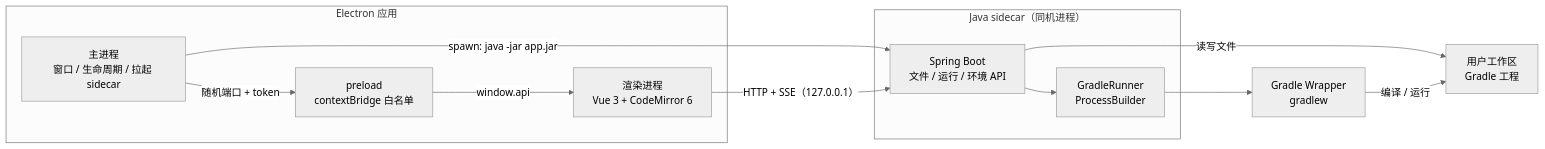
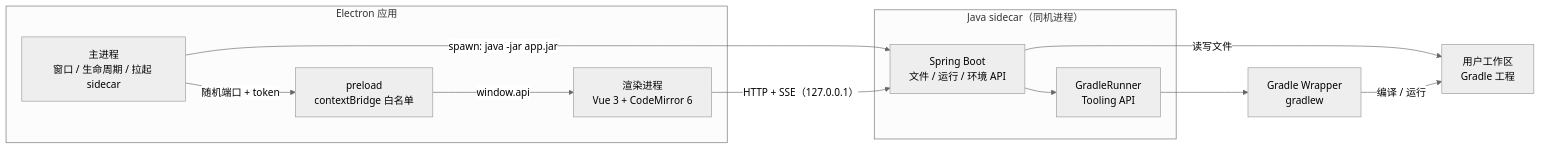
One commit to GMCH1986/gmch_ide changed the first of 3 diagrams in docs/01-技术方案.md. Above: the diagram before and after it, drawn with Mermaid (neutral theme). The commit also changed other lines of this file and 19 other files, not shown here.

````diff
--- a/docs/01-技术方案.md
+++ b/docs/01-技术方案.md
@@ -14,25 +14,25 @@
 ```mermaid
 flowchart LR
   subgraph DESKTOP["Electron 应用"]
     M["主进程<br/>窗口 / 生命周期 / 拉起 sidecar"]
     P["preload<br/>contextBridge 白名单"]
     R["渲染进程<br/>Vue 3 + CodeMirror 6"]
   end
 
   subgraph JAVA["Java sidecar（同机进程）"]
     S["Spring Boot<br/>文件 / 运行 / 环境 API"]
-    G["GradleRunner<br/>ProcessBuilder"]
+    G["GradleRunner<br/>Tooling API"]
   end
 
   W["用户工作区<br/>Gradle 工程"]
   GD["Gradle Wrapper<br/>gradlew"]
 
   M -->|"spawn: java -jar app.jar"| S
   M -->|"随机端口 + token"| P
   P -->|"window.api"| R
   R -->|"HTTP + SSE（127.0.0.1）"| S
   S --> G
   G --> GD
   S -->|"读写文件"| W
   GD -->|"编译 / 运行"| W
 ```
````
